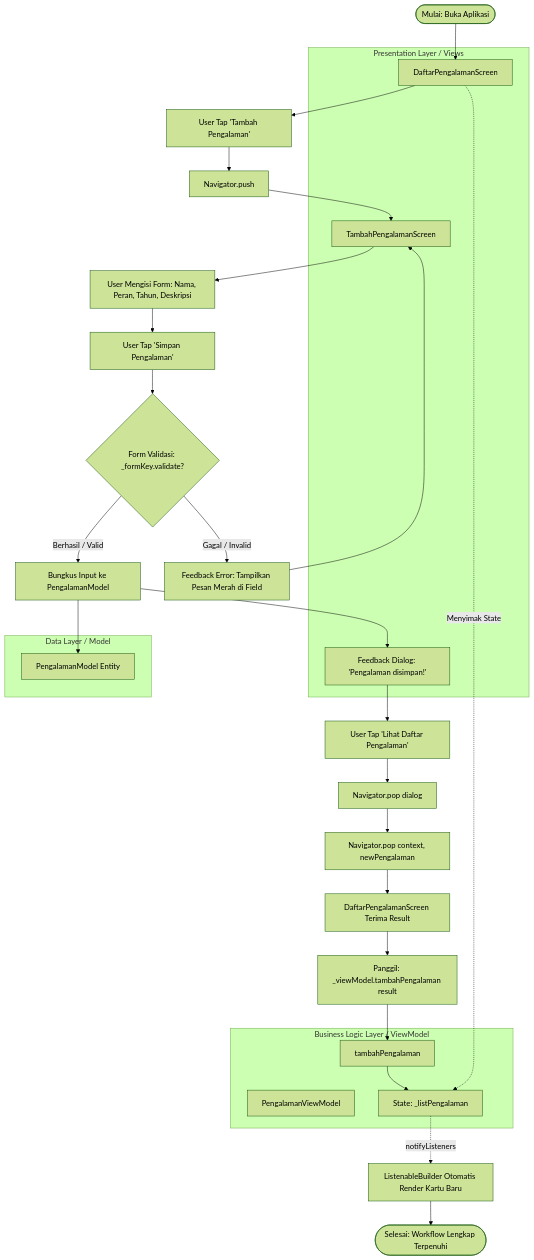
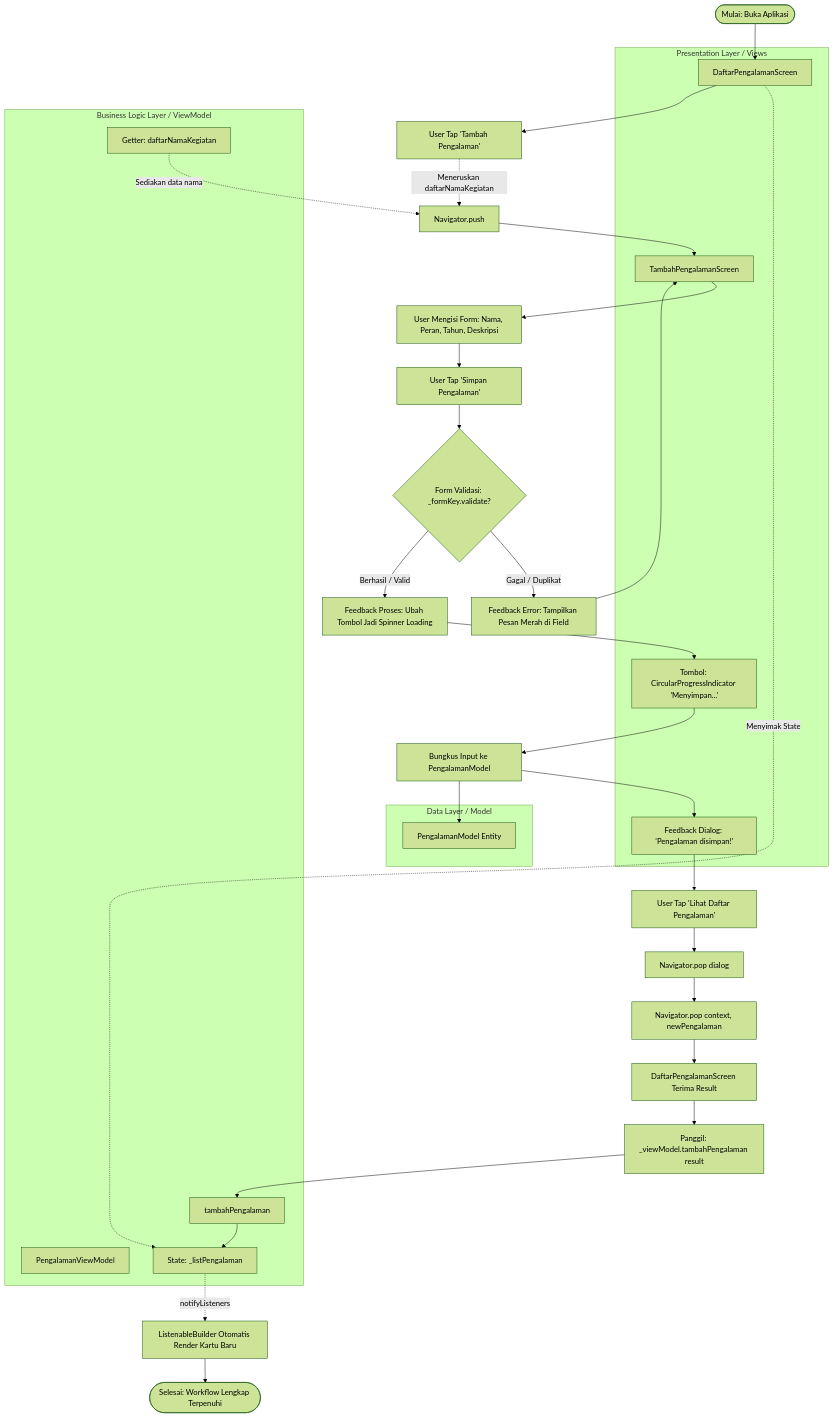
The diagram in README.md (accfd/pam-practical-challenge-myteam), drawn with Mermaid (forest theme) before and after one commit. The commit also changed other lines of this file and 5 other files, not shown here.

Commit message:
feat: complete two-way navigation data passing, 4-state feedback, and comprehensive workflow widget testing

````diff
--- a/README.md
+++ b/README.md
@@ -188,47 +190,53 @@
 ```mermaid
 flowchart TD
     subgraph ViewLayer [Presentation Layer / Views]
         ScreenDaftar[DaftarPengalamanScreen]
         FormScreen[TambahPengalamanScreen]
+        LoadingBtn[Tombol: CircularProgressIndicator 'Menyimpan...']
         ShowDialog[Feedback Dialog: 'Pengalaman disimpan!']
     end
 
     subgraph VMLayer [Business Logic Layer / ViewModel]
         VM[PengalamanViewModel]
         VMState[State: _listPengalaman]
+        VMListNames[Getter: daftarNamaKegiatan]
         VMAction[tambahPengalaman]
     end
 
     subgraph ModelLayer [Data Layer / Model]
         ModelObj[PengalamanModel Entity]
     end
 
     Start([Mulai: Buka Aplikasi]) --> ScreenDaftar
     ScreenDaftar -. Menyimak State .-> VMState
     ScreenDaftar --> TapTambah[User Tap 'Tambah Pengalaman']
-    TapTambah --> NavPush[Navigator.push]
+    
+    TapTambah -. Meneruskan daftarNamaKegiatan .-> NavPush[Navigator.push]
+    VMListNames -. Sediakan data nama .-> NavPush
     NavPush --> FormScreen
     
     FormScreen --> UserInput[User Mengisi Form: Nama, Peran, Tahun, Deskripsi]
     UserInput --> TapSimpan[User Tap 'Simpan Pengalaman']
     
     TapSimpan --> ValidateCheck{Form Validasi: _formKey.validate?}
     
-    ValidateCheck -- Gagal / Invalid --> ShowError[Feedback Error: Tampilkan Pesan Merah di Field]
+    ValidateCheck -- Gagal / Duplikat --> ShowError[Feedback Error: Tampilkan Pesan Merah di Field]
     ShowError --> FormScreen
     
-    ValidateCheck -- Berhasil / Valid --> PackModel[Bungkus Input ke PengalamanModel]
+    ValidateCheck -- Berhasil / Valid --> ShowLoading[Feedback Proses: Ubah Tombol Jadi Spinner Loading]
+    ShowLoading --> LoadingBtn
+    LoadingBtn --> PackModel[Bungkus Input ke PengalamanModel]
     PackModel --> ModelObj
     PackModel --> ShowDialog
     ShowDialog --> TapLihat[User Tap 'Lihat Daftar Pengalaman']
     
     TapLihat --> PopDialog[Navigator.pop dialog]
     PopDialog --> PopResult[Navigator.pop context, newPengalaman]
     
     PopResult --> CatchResult[DaftarPengalamanScreen Terima Result]
     CatchResult --> PassToVM[Panggil: _viewModel.tambahPengalaman result]
     PassToVM --> VMAction
     VMAction --> VMState
     VMState -. notifyListeners .-> RenderNewCard[ListenableBuilder Otomatis Render Kartu Baru]
     RenderNewCard --> Finish([Selesai: Workflow Lengkap Terpenuhi])
 ```
````
